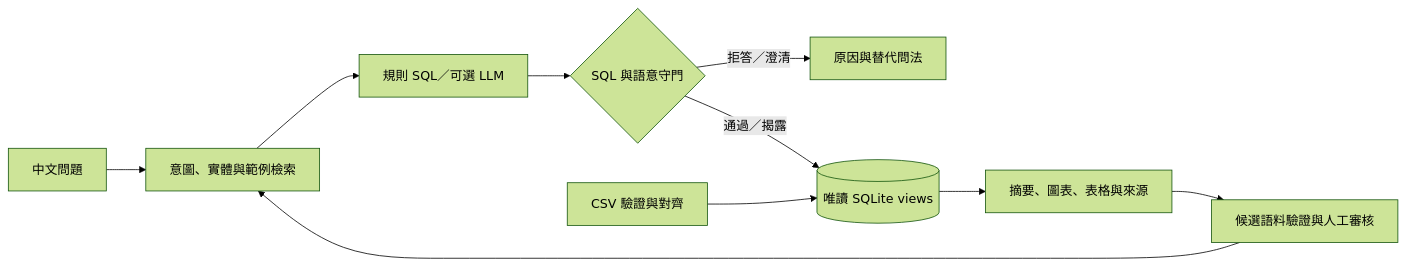
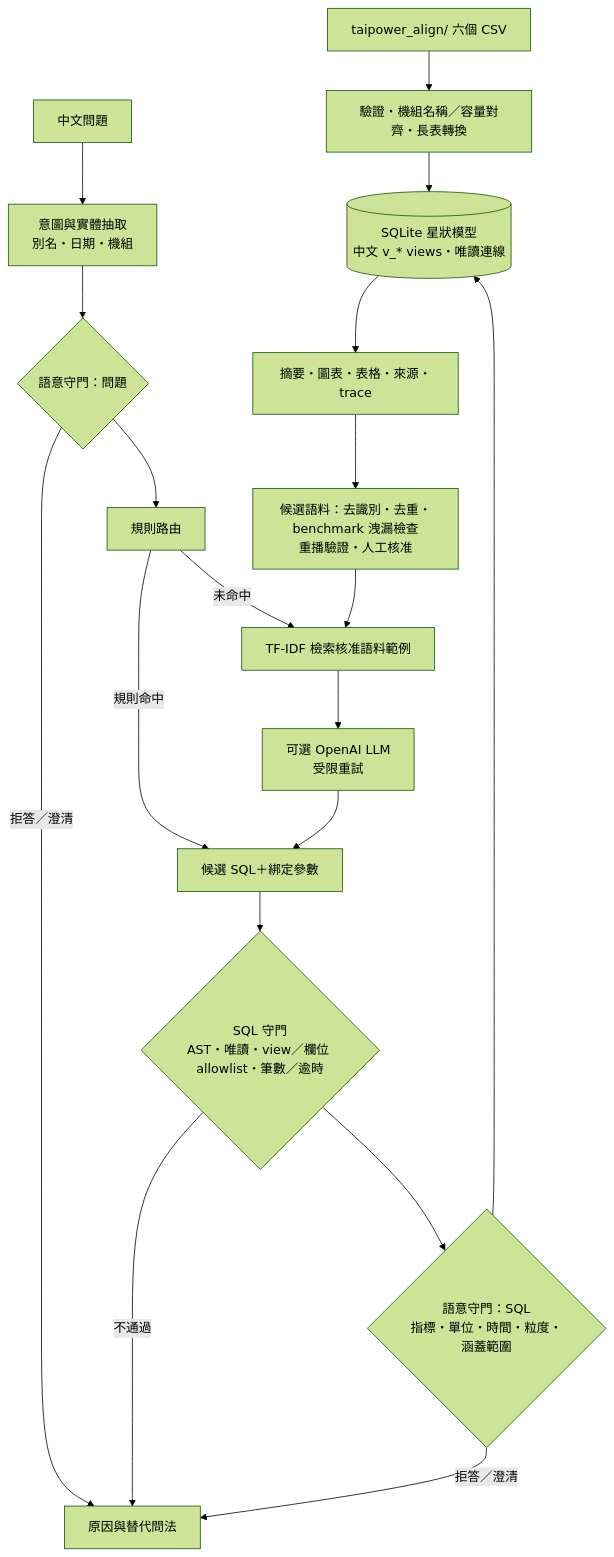
Before and after one commit to mina201199/text2sql_project: the diagram in README.md, drawn with Mermaid (forest theme). The commit also changed other lines of this file and 7 other files, not shown here.

````diff
--- a/README.md
+++ b/README.md
@@ -82,12 +38,22 @@
 ```mermaid
-flowchart LR
-    U[中文問題] --> R[意圖、實體與範例檢索]
-    R --> C[規則 SQL／可選 LLM]
-    C --> S{SQL 與語意守門}
-    S -->|拒答／澄清| X[原因與替代問法]
-    S -->|通過／揭露| DB[(唯讀 SQLite views)]
-    DB --> V[摘要、圖表、表格與來源]
-    V --> H[候選語料驗證與人工審核]
-    H --> R
-    D[CSV 驗證與對齊] --> DB
+flowchart TD
+    CSV[taipower_align/ 六個 CSV] --> VAL[驗證・機組名稱／容量對齊・長表轉換]
+    VAL --> DB[(SQLite 星狀模型<br/>中文 v_* views・唯讀連線)]
+
+    Q[中文問題] --> ENT[意圖與實體抽取<br/>別名・日期・機組]
+    ENT --> SQG{語意守門：問題}
+    SQG -->|拒答／澄清| X[原因與替代問法]
+    SQG --> ROUTE[規則路由]
+    ROUTE -->|規則命中| CAND[候選 SQL＋綁定參數]
+    ROUTE -->|未命中| RET[TF-IDF 檢索核准語料範例]
+    RET --> LLM[可選 OpenAI LLM<br/>受限重試]
+    LLM --> CAND
+    CAND --> SG{SQL 守門<br/>AST・唯讀・view／欄位 allowlist・筆數／逾時}
+    SG -->|不通過| X
+    SG --> SSG{語意守門：SQL<br/>指標・單位・時間・粒度・涵蓋範圍}
+    SSG -->|拒答／澄清| X
+    SSG --> DB
+    DB --> OUT[摘要・圖表・表格・來源・trace]
+    OUT --> GOV[候選語料：去識別・去重・benchmark 洩漏檢查<br/>重播驗證・人工核准]
+    GOV --> RET
 ```
````
